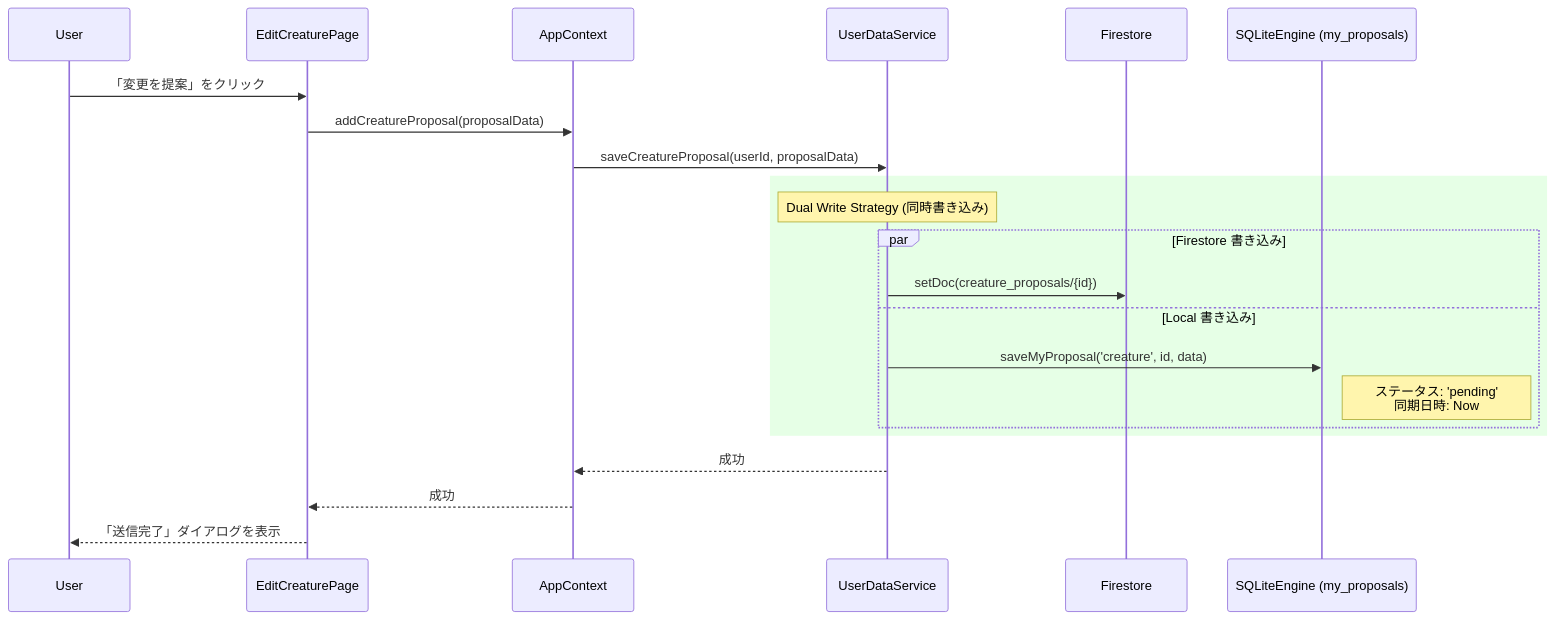
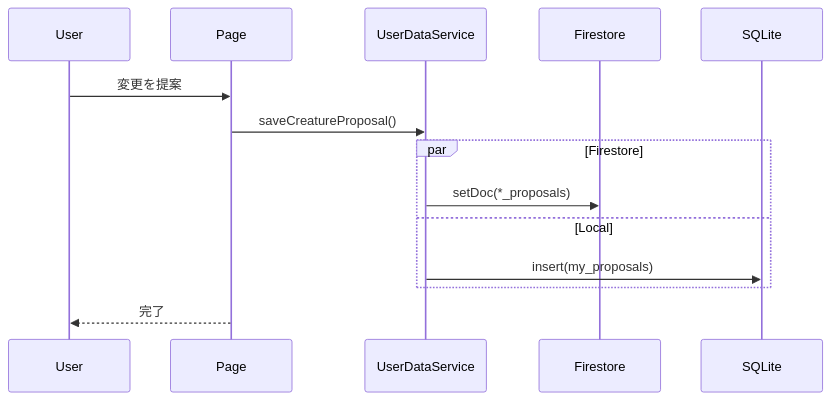
Before and after one commit to cloud-solutions-ttakeuchi/wedive: the fourth of 5 diagrams in DATABASE_DESIGN.md, drawn with Mermaid. The commit also changed other lines of this file, not shown here.

````diff
--- a/DATABASE_DESIGN.md
+++ b/DATABASE_DESIGN.md
@@ -231,28 +224,17 @@
 ```mermaid
 sequenceDiagram
     participant User
-    participant Page as EditCreaturePage
-    participant CTX as AppContext
+    participant Page
     participant UDS as UserDataService
     participant FS as Firestore
-    participant SQLite as SQLiteEngine (my_proposals)
+    participant SQLite
 
-    User->>Page: 「変更を提案」をクリック
-    Page->>CTX: addCreatureProposal(proposalData)
-    CTX->>UDS: saveCreatureProposal(userId, proposalData)
-    
-    rect rgb(230, 255, 230)
-    note over UDS: Dual Write Strategy (同時書き込み)
-    
-    par Firestore 書き込み
-        UDS->>FS: setDoc(creature_proposals/{id})
-    and Local 書き込み
-        UDS->>SQLite: saveMyProposal('creature', id, data)
-        note right of SQLite: ステータス: 'pending'<br>同期日時: Now
+    User->>Page: 変更を提案
+    Page->>UDS: saveCreatureProposal()
+    par Firestore
+        UDS->>FS: setDoc(*_proposals)
+    and Local
+        UDS->>SQLite: insert(my_proposals)
     end
-    end
-    
-    UDS-->>CTX: 成功
-    CTX-->>Page: 成功
-    Page-->>User: 「送信完了」ダイアログを表示
+    Page-->>User: 完了
 ```
````
